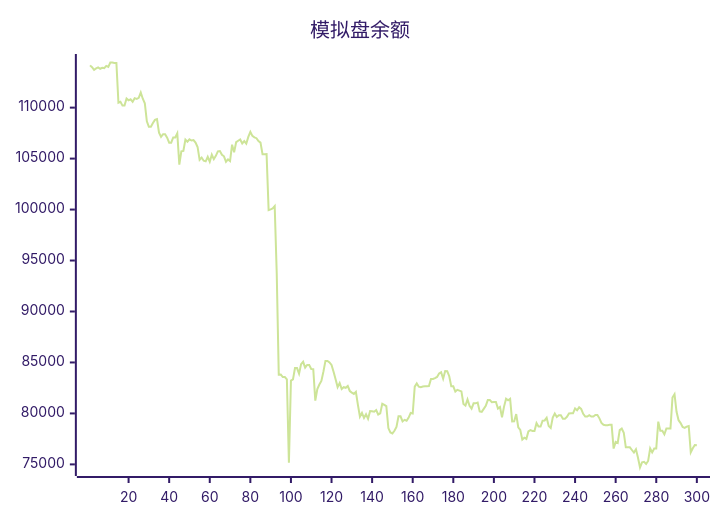
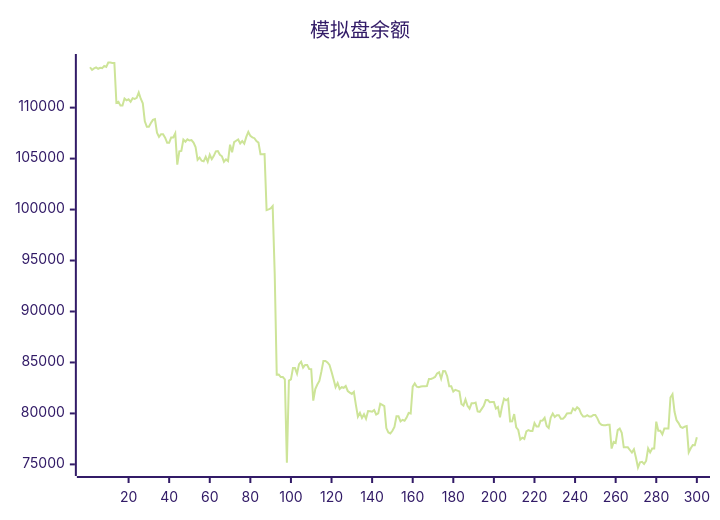
One commit to aahl/ai-trading changed the diagram in README.md. Above: the diagram before and after it, drawn with Mermaid (forest theme). The commit also changed other lines of this file and 1 other file, not shown here.

````diff
--- a/README.md
+++ b/README.md
@@ -5,5 +5,5 @@
 ```mermaid
 xychart
     title "模拟盘余额"
-    line [114144,113960,113698,113853,113942,113812,113908,113877,114091,113998,114427,114422,114384,114384,110477,110576,110198,110198,110890,110712,110812,110569,110929,110847,110968,111478,110870,110433,108661,108116,108115,108485,108797,108877,107536,107134,107393,107393,107046,106565,106565,107081,107081,107478,104404,105715,105749,106866,106651,106889,106771,106816,106565,106141,104876,105103,104796,104734,105169,104690,105380,104941,105272,105709,105739,105374,105227,104691,104924,104762,106364,105628,106608,106748,106872,106485,106721,106468,107132,107620,107224,107080,107001,106717,106567,105431,105431,105440,99950,100017,100113,100337,93749,83795,83807,83567,83567,83342,75168,83222,83336,84448,84449,83896,84839,85065,84499,84757,84757,84364,84347,81254,82385,82835,83184,84099,85150,85150,85002,84751,84096,83356,82582,82983,82404,82572,82512,82688,82200,82047,81920,82125,80840,79688,80060,79552,79920,79470,80236,80208,80170,80336,79894,80006,80954,80837,80712,78561,78139,78037,78293,78682,79720,79720,79214,79372,79279,79591,80046,79993,82625,82950,82626,82571,82633,82670,82670,82681,83386,83378,83464,83579,83920,84037,83402,84160,84142,83652,82655,82655,82145,82315,82243,82163,80934,80770,81371,80742,80468,80989,80989,81067,80191,80155,80450,80737,81309,81309,81106,81119,81119,80471,80631,79624,80670,81448,81290,81429,79212,79222,79940,78643,78380,77432,77623,77504,78235,78358,78284,78277,79048,78714,78714,79290,79308,79567,78763,78563,79603,79988,79652,79813,79813,79476,79469,79673,79995,80015,80015,80486,80314,80600,80436,79966,79689,79689,79819,79692,79692,79850,79850,79518,79071,78889,78850,78850,78878,78878,76554,77202,77103,78357,78510,78106,76678,76677,76672,76411,76159,76485,75656,74695,75197,75246,75052,75334,76564,76179,76553,76551,79196,78300,78300,77944,78531,78531,78521,81564,81884,80160,79335,79055,78675,78580,78708,78764,76179,76586,76902,76876]
+    line [113960,113698,113853,113942,113812,113908,113877,114091,113998,114427,114422,114384,114384,110477,110576,110198,110198,110890,110712,110812,110569,110929,110847,110968,111478,110870,110433,108661,108116,108115,108485,108797,108877,107536,107134,107393,107393,107046,106565,106565,107081,107081,107478,104404,105715,105749,106866,106651,106889,106771,106816,106565,106141,104876,105103,104796,104734,105169,104690,105380,104941,105272,105709,105739,105374,105227,104691,104924,104762,106364,105628,106608,106748,106872,106485,106721,106468,107132,107620,107224,107080,107001,106717,106567,105431,105431,105440,99950,100017,100113,100337,93749,83795,83807,83567,83567,83342,75168,83222,83336,84448,84449,83896,84839,85065,84499,84757,84757,84364,84347,81254,82385,82835,83184,84099,85150,85150,85002,84751,84096,83356,82582,82983,82404,82572,82512,82688,82200,82047,81920,82125,80840,79688,80060,79552,79920,79470,80236,80208,80170,80336,79894,80006,80954,80837,80712,78561,78139,78037,78293,78682,79720,79720,79214,79372,79279,79591,80046,79993,82625,82950,82626,82571,82633,82670,82670,82681,83386,83378,83464,83579,83920,84037,83402,84160,84142,83652,82655,82655,82145,82315,82243,82163,80934,80770,81371,80742,80468,80989,80989,81067,80191,80155,80450,80737,81309,81309,81106,81119,81119,80471,80631,79624,80670,81448,81290,81429,79212,79222,79940,78643,78380,77432,77623,77504,78235,78358,78284,78277,79048,78714,78714,79290,79308,79567,78763,78563,79603,79988,79652,79813,79813,79476,79469,79673,79995,80015,80015,80486,80314,80600,80436,79966,79689,79689,79819,79692,79692,79850,79850,79518,79071,78889,78850,78850,78878,78878,76554,77202,77103,78357,78510,78106,76678,76677,76672,76411,76159,76485,75656,74695,75197,75246,75052,75334,76564,76179,76553,76551,79196,78300,78300,77944,78531,78531,78521,81564,81884,80160,79335,79055,78675,78580,78708,78764,76179,76586,76902,76876,77658]
 ```
````
